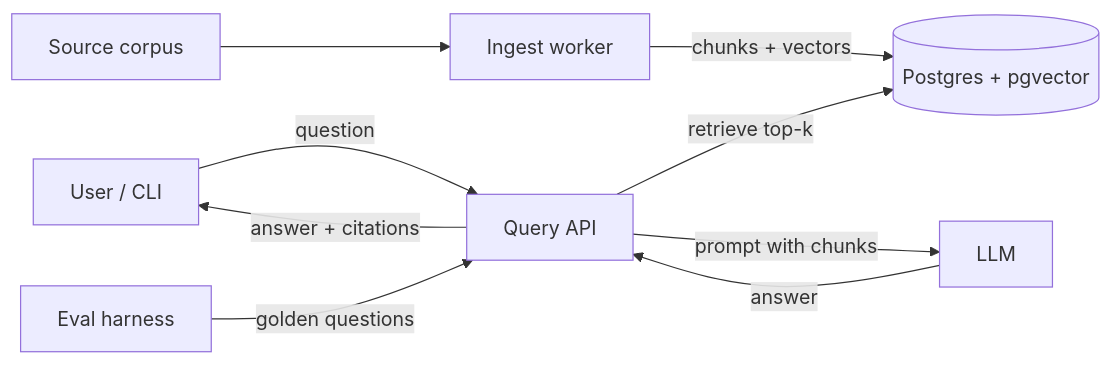
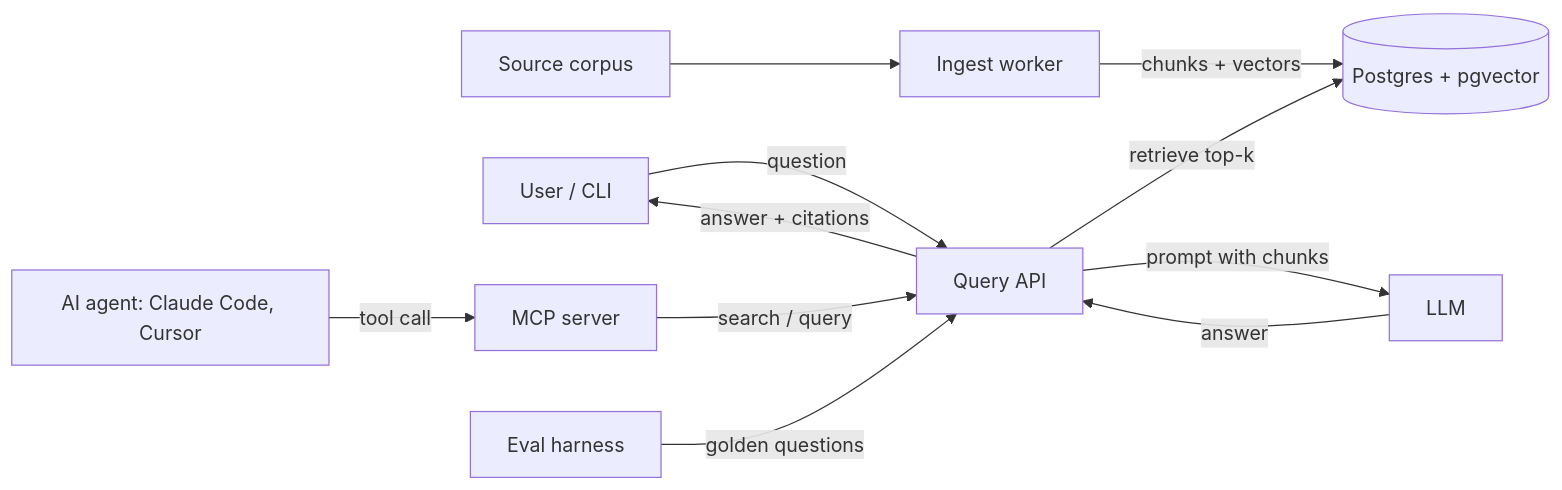
The diagram in README.md (stevegreco/knowledge-system), drawn with Mermaid before and after one commit. The commit also changed other lines of this file and 2 other files, not shown here.

First line of the commit message:
Add agent access phase: MCP server for Claude Code and Cursor

````diff
--- a/README.md
+++ b/README.md
@@ -39,11 +41,13 @@
 ```mermaid
 flowchart LR
     SRC[Source corpus] --> ING[Ingest worker]
     ING -->|chunks + vectors| DB[(Postgres + pgvector)]
     USER[User / CLI] -->|question| API[Query API]
+    AGENT[AI agent: Claude Code, Cursor] -->|tool call| MCP[MCP server]
+    MCP -->|search / query| API
     API -->|retrieve top-k| DB
     API -->|prompt with chunks| LLM[LLM]
     LLM -->|answer| API
     API -->|answer + citations| USER
     EVAL[Eval harness] -->|golden questions| API
 ```
````
